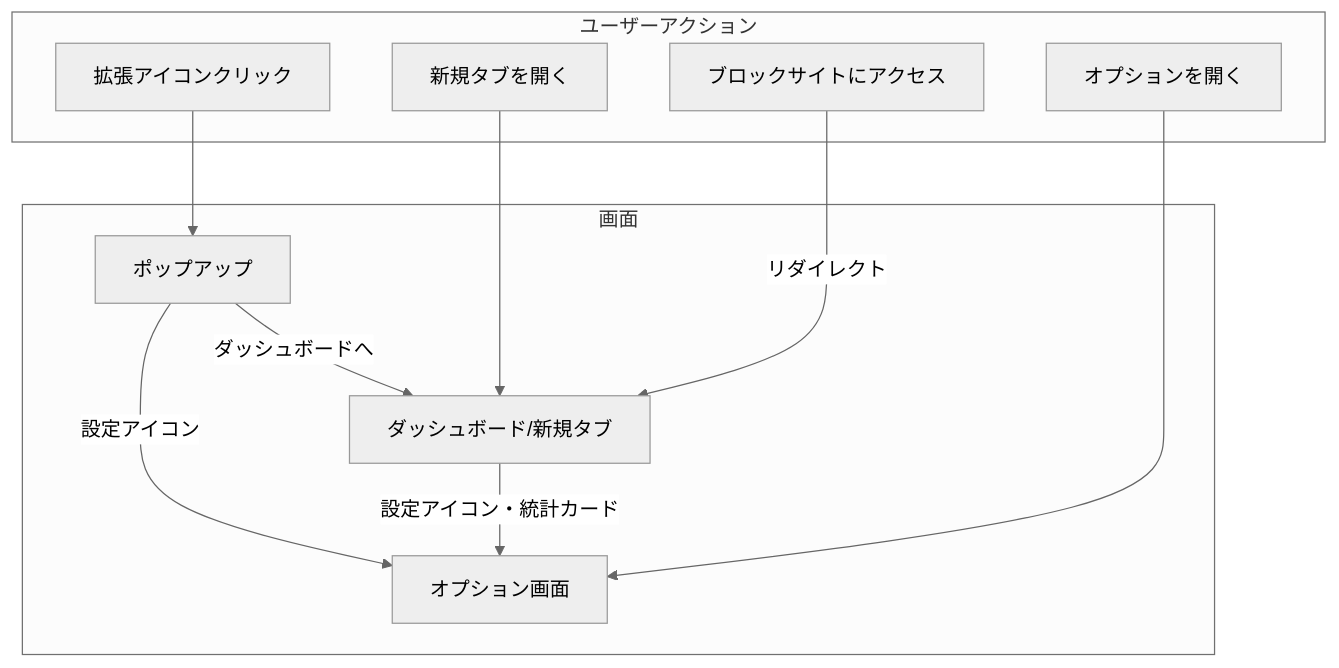
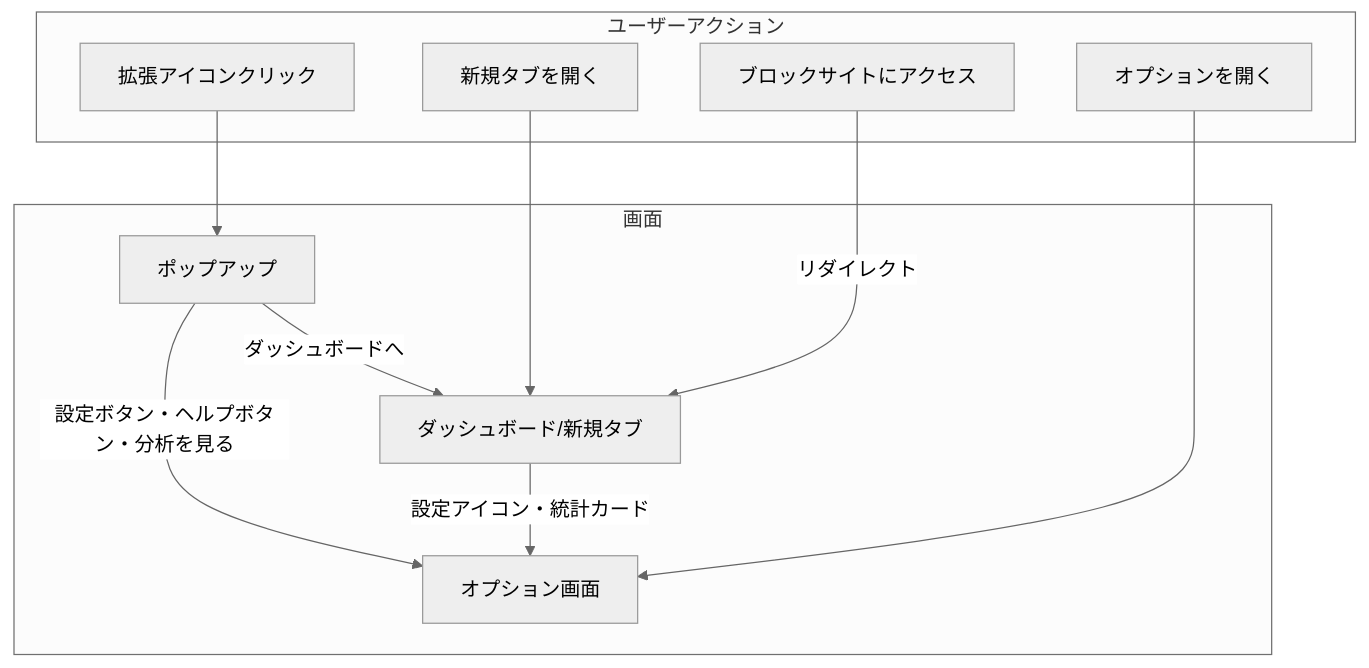
The diagram in docs/SCREEN.md (machina-gg/vision-focus), drawn with Mermaid (neutral theme) before and after one commit. The commit also changed other lines of this file and 1 other file, not shown here.

First line of the commit message:
docs: ポップアップのサイズとダイアログの条件を 1 箇所に寄せ、遷移図を実体に合わせる

````diff
--- a/docs/SCREEN.md
+++ b/docs/SCREEN.md
@@ -15,24 +15,24 @@
 ```mermaid
 flowchart TB
     subgraph ユーザーアクション
         A[拡張アイコンクリック]
         B[新規タブを開く]
         C[ブロックサイトにアクセス]
         D[オプションを開く]
     end
 
     subgraph 画面
         P[ポップアップ]
         N[ダッシュボード/新規タブ]
         O[オプション画面]
     end
 
     A --> P
     B --> N
     C -->|リダイレクト| N
     D --> O
 
-    P -->|設定アイコン| O
+    P -->|設定ボタン・ヘルプボタン・分析を見る| O
     P -->|ダッシュボードへ| N
     N -->|設定アイコン・統計カード| O
 ```
````
